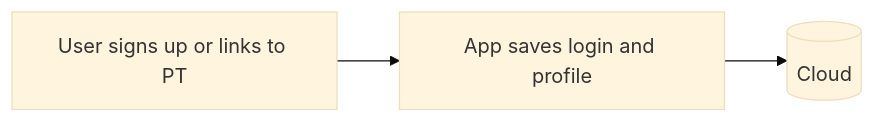
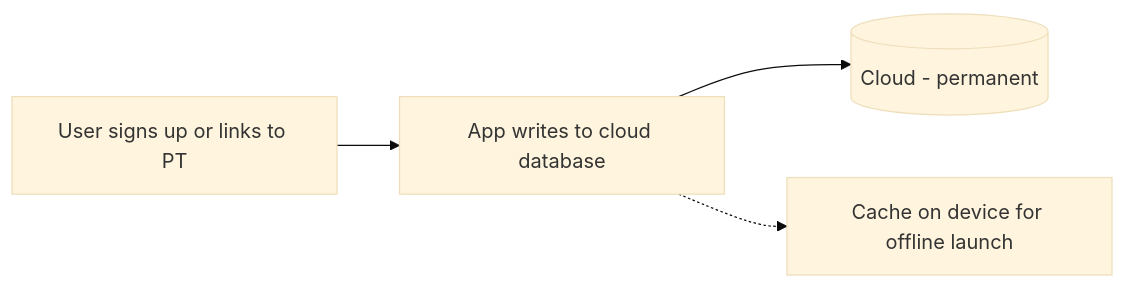
The first of 7 diagrams in docs/DATA_STORY_PRESENTATION.md (seanja5/realrehab-mvp), drawn with Mermaid (base theme) before and after one commit. The commit also changed other lines of this file, not shown here.

Commit message:
Clarify storage in presentation: cloud vs cache vs device file vs queue

````diff
--- a/docs/DATA_STORY_PRESENTATION.md
+++ b/docs/DATA_STORY_PRESENTATION.md
@@ -23,5 +23,6 @@
 ```mermaid
 flowchart LR
-    A[User signs up or links to PT] --> B[App saves login and profile]
-    B --> C[(Cloud)]
+    A[User signs up or links to PT] --> B[App writes to cloud database]
+    B --> C[(Cloud - permanent)]
+    B -.-> D[Cache on device for offline launch]
 ```
````
